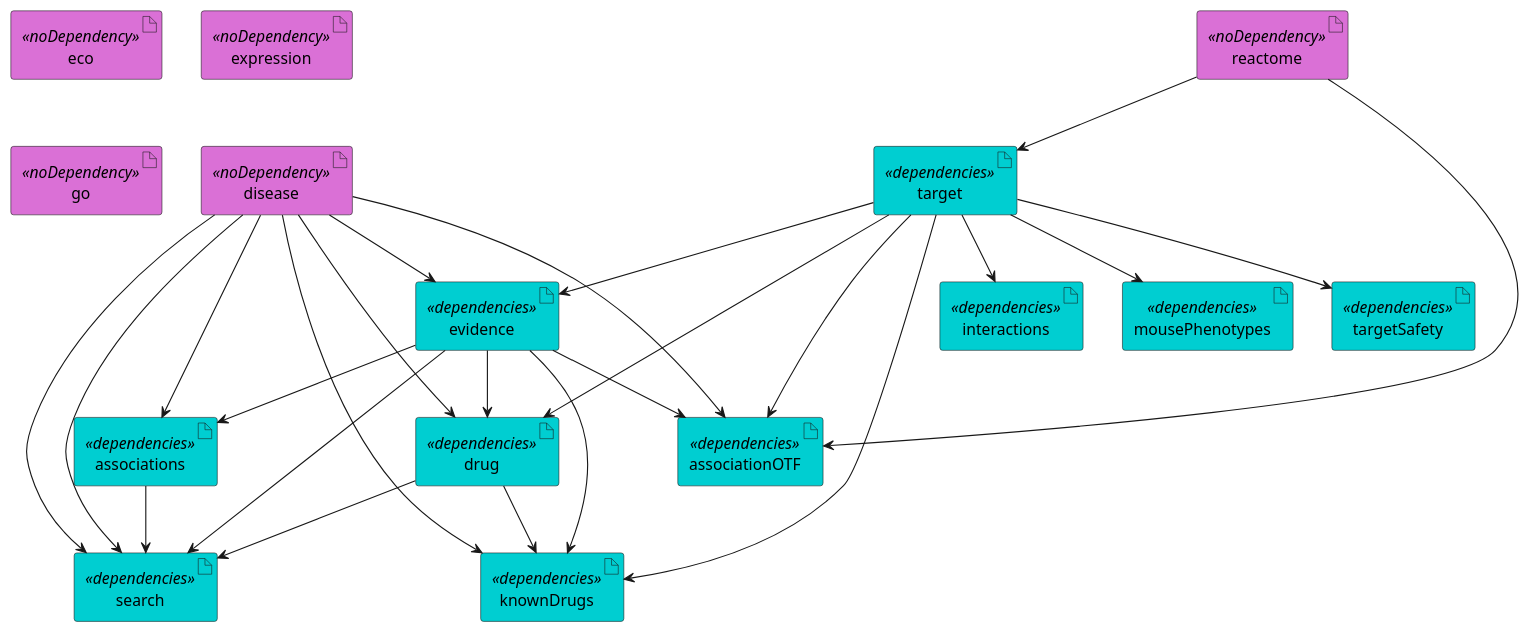
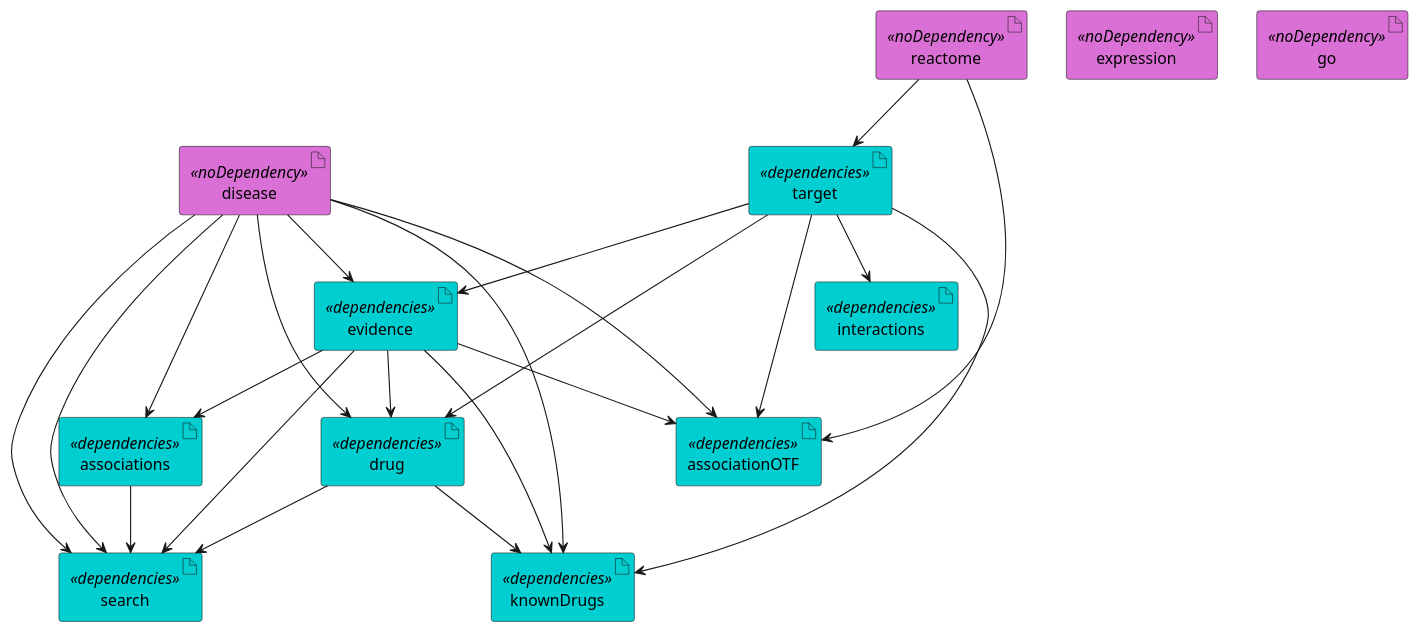
The diagram in documentation/etl_current.puml (opentargets/platform-etl-backend), drawn with PlantUML before and after one commit. The commit also changed 3 other files, not shown here.

Commit message:
Update dependency charts.

```diff
--- a/documentation/etl_current.puml
+++ b/documentation/etl_current.puml
@@ -1,60 +1,53 @@
 @startuml
 skinparam interface {
     backgroundColor<<input>> darkblue
     backgroundColor<<output>> cyan
 }
 skinparam artifact {
      backgroundColor<<noDependency>> orchid
      backgroundColor<<dependencies>> darkturquoise
  }
 ' steps
 artifact associations <<dependencies>>
 artifact associationOTF <<dependencies>>
 artifact disease <<noDependency>>
 artifact drug <<dependencies>>
-artifact eco <<noDependency>>
 artifact evidence <<dependencies>>
 artifact expression <<noDependency>>
 artifact go <<noDependency>>
 artifact interactions <<dependencies>>
 artifact knownDrugs <<dependencies>>
-artifact mousePhenotypes <<dependencies>>
 artifact reactome <<noDependency>>
 artifact search <<dependencies>>
 artifact target <<dependencies>>
-artifact targetSafety <<dependencies>>
 
 reactome --> target
-
-target --> targetSafety
 
 evidence --> associations
 disease --> associations
 
 reactome --> associationOTF
 evidence --> associationOTF
 disease --> associationOTF
 target --> associationOTF
-
-target --> mousePhenotypes
 
 target --> drug
 disease --> drug
 evidence --> drug
 target --> evidence
 disease --> evidence
 
 evidence --> knownDrugs
 disease --> knownDrugs
 target --> knownDrugs
 drug --> knownDrugs
 
 evidence --> search
 disease --> search
 disease --> search
 drug --> search
 associations --> search
 
 target --> interactions
 
 @enduml
```
